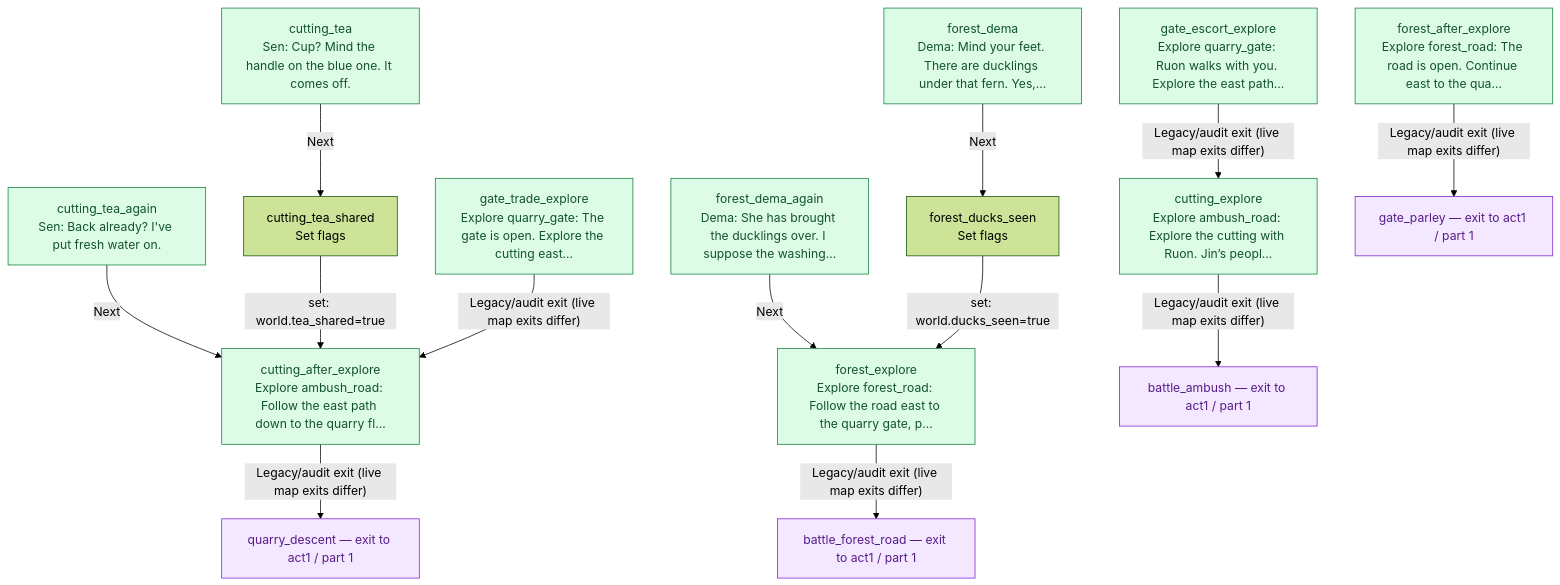
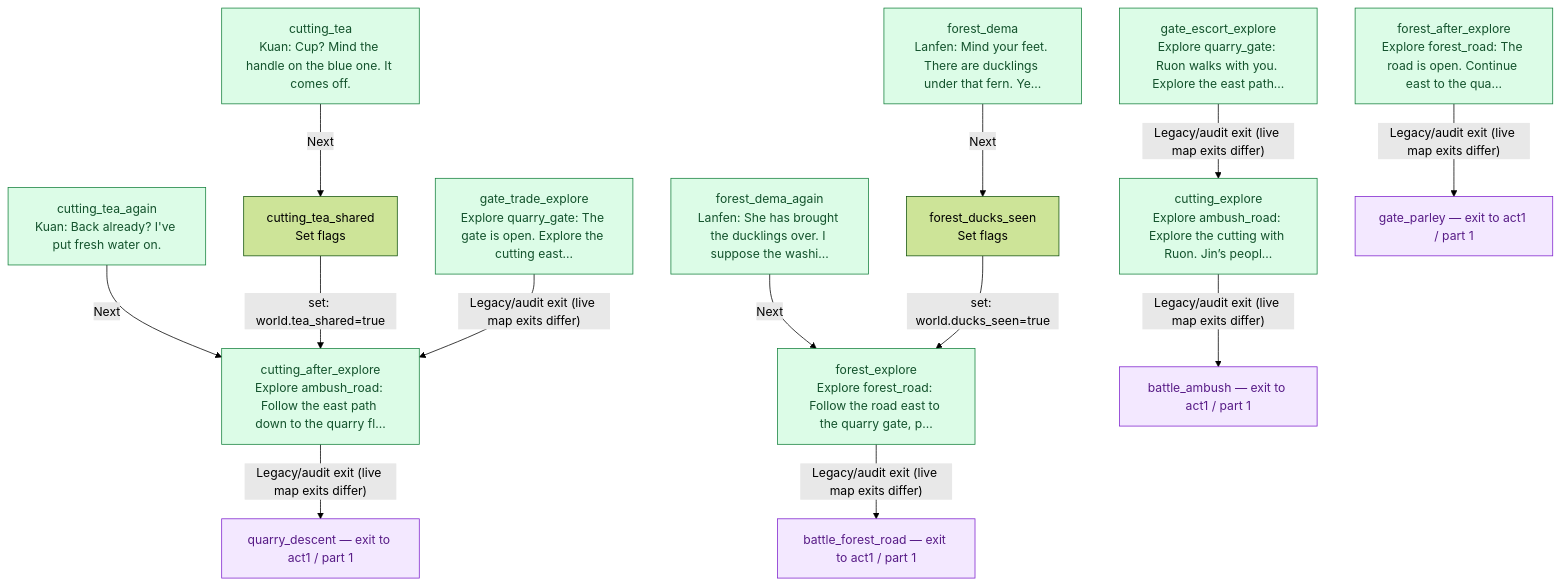
One commit to jaredbahr/Avatarrpg changed the diagram in docs/story/world.md. Above: the diagram before and after it, drawn with Mermaid (forest theme). The commit also changed 2 other files, not shown here.

Commit message:
Regenerate the story graphs for the canon names
Claude-Session: https://claude.ai/code/session_01H8JDTPYztrZvUL5HBCK6eR

````diff
--- a/docs/story/world.md
+++ b/docs/story/world.md
@@ -21,34 +21,34 @@
 ```mermaid
 flowchart TD
   n12["cutting_after_explore<br/>Explore ambush_road: Follow the east path down to the quarry fl…"]:::entry
   n13["cutting_explore<br/>Explore ambush_road: Explore the cutting with Ruon. Jin’s peopl…"]:::entry
-  n15["cutting_tea<br/>Sen: Cup? Mind the handle on the blue one. It comes off."]:::entry
-  n16["cutting_tea_again<br/>Sen: Back already? I've put fresh water on."]:::entry
+  n15["cutting_tea<br/>Kuan: Cup? Mind the handle on the blue one. It comes off."]:::entry
+  n16["cutting_tea_again<br/>Kuan: Back already? I've put fresh water on."]:::entry
   n17["cutting_tea_shared<br/>Set flags"]
   n30["forest_after_explore<br/>Explore forest_road: The road is open. Continue east to the qua…"]:::entry
-  n31["forest_dema<br/>Dema: Mind your feet. There are ducklings under that fern. Yes,…"]:::entry
-  n32["forest_dema_again<br/>Dema: She has brought the ducklings over. I suppose the washing…"]:::entry
+  n31["forest_dema<br/>Lanfen: Mind your feet. There are ducklings under that fern. Ye…"]:::entry
+  n32["forest_dema_again<br/>Lanfen: She has brought the ducklings over. I suppose the washi…"]:::entry
   n33["forest_ducks_seen<br/>Set flags"]
   n34["forest_explore<br/>Explore forest_road: Follow the road east to the quarry gate, p…"]:::entry
   n43["gate_escort_explore<br/>Explore quarry_gate: Ruon walks with you. Explore the east path…"]:::entry
   n48["gate_trade_explore<br/>Explore quarry_gate: The gate is open. Explore the cutting east…"]:::entry
   n8["battle_ambush — exit to act1 / part 1"]:::external
   n9["battle_forest_road — exit to act1 / part 1"]:::external
   n45["gate_parley — exit to act1 / part 1"]:::external
   n82["quarry_descent — exit to act1 / part 1"]:::external
   n12 -->|"Legacy/audit exit (live map exits differ)"| n82
   n13 -->|"Legacy/audit exit (live map exits differ)"| n8
   n15 -->|"Next"| n17
   n16 -->|"Next"| n12
   n17 -->|"set: world.tea_shared=true"| n12
   n30 -->|"Legacy/audit exit (live map exits differ)"| n45
   n31 -->|"Next"| n33
   n32 -->|"Next"| n34
   n33 -->|"set: world.ducks_seen=true"| n34
   n34 -->|"Legacy/audit exit (live map exits differ)"| n9
   n43 -->|"Legacy/audit exit (live map exits differ)"| n13
   n48 -->|"Legacy/audit exit (live map exits differ)"| n12
   classDef entry fill:#dcfce7,stroke:#15803d,color:#14532d
   classDef external fill:#f3e8ff,stroke:#7e22ce,color:#581c87
   classDef continuation fill:#f8fafc,stroke:#475569,color:#0f172a,stroke-dasharray:5 5
 ```
````
